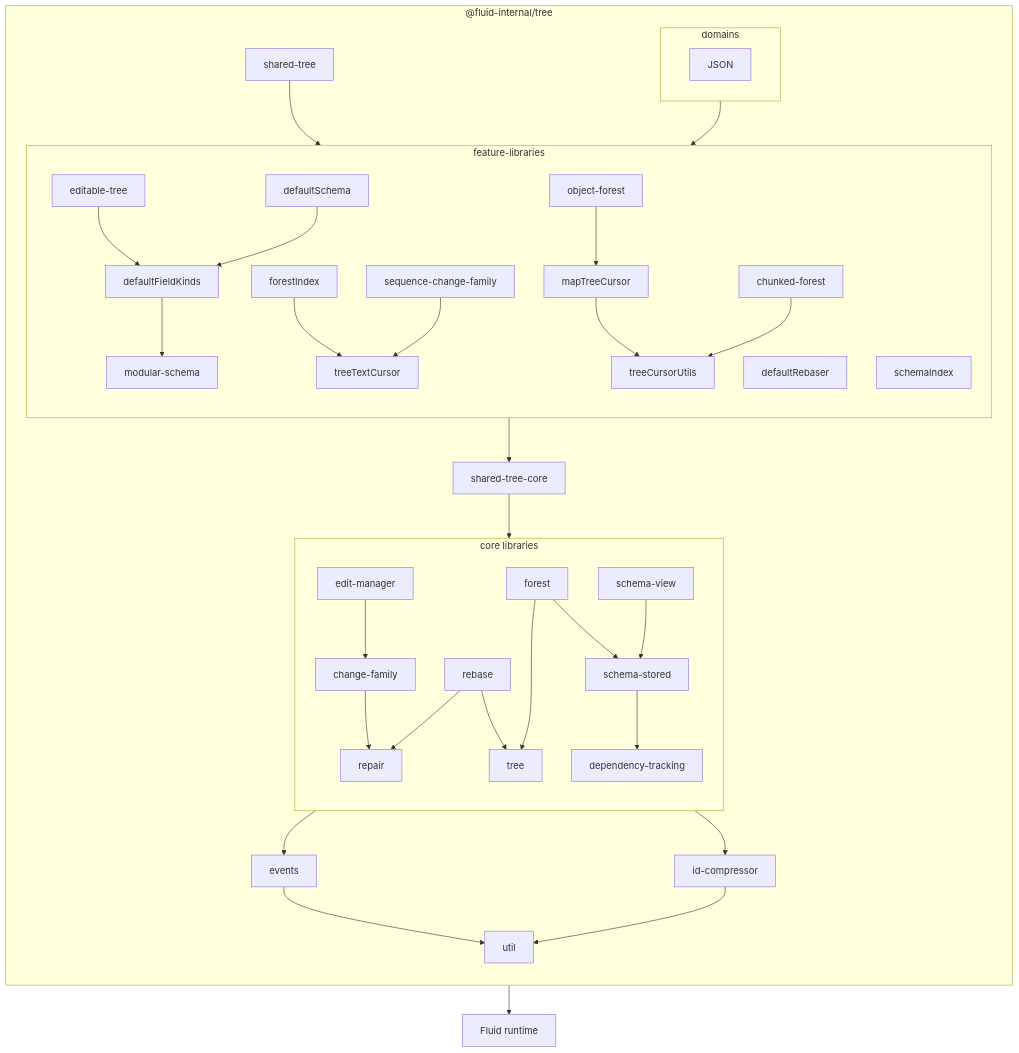
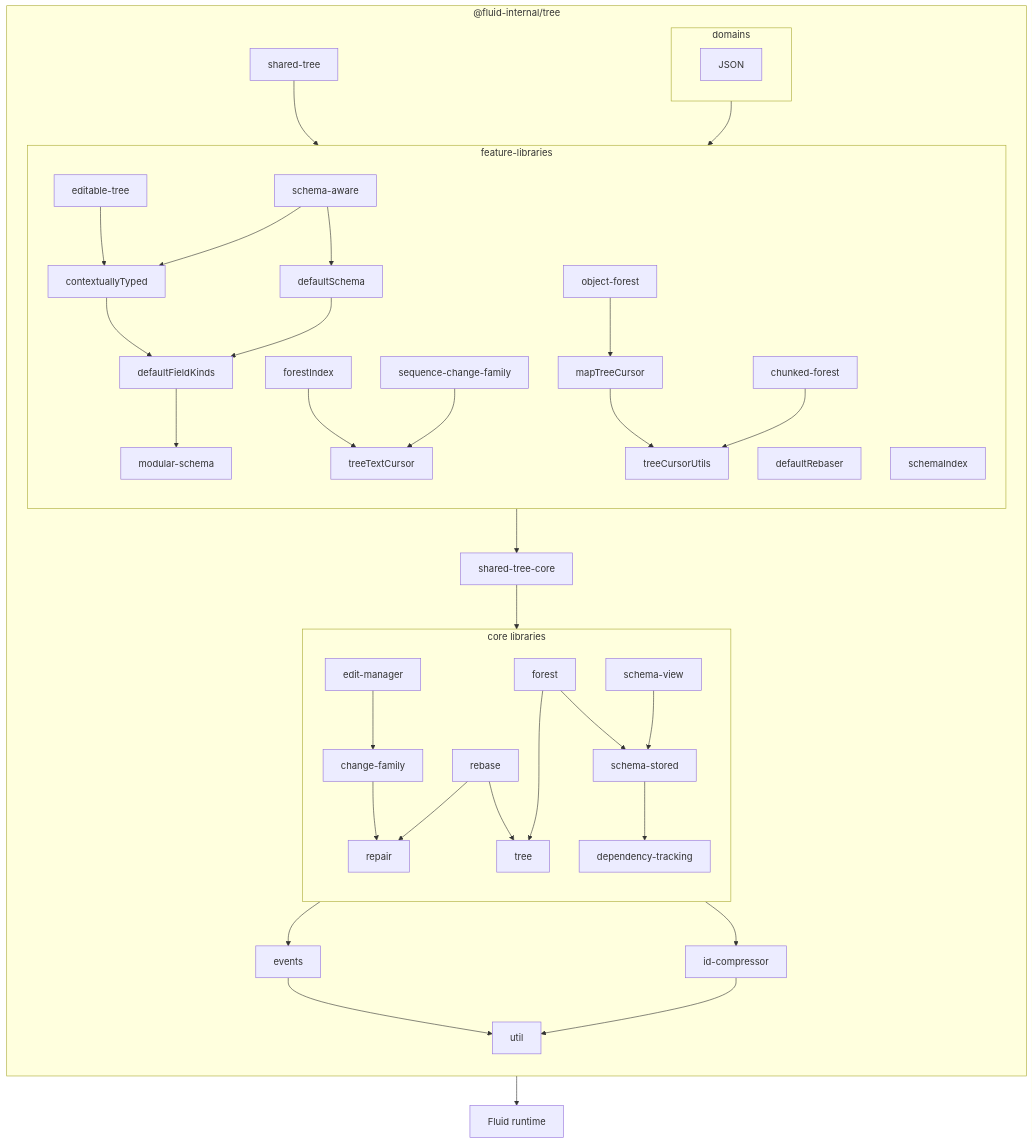
One commit to microsoft/FluidFramework changed the sixth of 6 diagrams in packages/dds/tree/README.md. Above: the diagram before and after it, drawn with Mermaid. The commit also changed 41 other files, not shown here.

First line of the commit message:
tree: better typed schema (#14243)

````diff
--- a/packages/dds/tree/README.md
+++ b/packages/dds/tree/README.md
@@ -298,41 +298,44 @@
 ```mermaid
 flowchart
     direction TB
     subgraph package ["@fluid-internal/tree"]
         direction TB
         subgraph core ["core libraries"]
             direction TB
             forest-->schema-stored
             change-family-->repair
             edit-manager-->change-family
             rebase-->repair
             rebase-->tree
             schema-stored-->dependency-tracking
             schema-view-->schema-stored
             dependency-tracking
             forest-->tree
         end
         core-->events-->util
         core-->id-compressor-->util
         feature-->shared-tree-core
         shared-tree-core-->core
         shared-tree-->feature
         subgraph feature ["feature-libraries"]
             direction TB
-            editable-tree-->defaultFieldKinds
+            editable-tree-->contextuallyTyped
             defaultRebaser
+            contextuallyTyped-->defaultFieldKinds
             defaultSchema-->defaultFieldKinds-->modular-schema
             forestIndex-->treeTextCursor
+            schema-aware-->defaultSchema
+            schema-aware-->contextuallyTyped
             modular-schema
             object-forest-->mapTreeCursor-->treeCursorUtils
             chunked-forest-->treeCursorUtils
             schemaIndex
             sequence-change-family-->treeTextCursor
         end
         subgraph domains
             JSON
         end
         domains-->feature
     end
     package-->runtime["Fluid runtime"]
 ```
````
